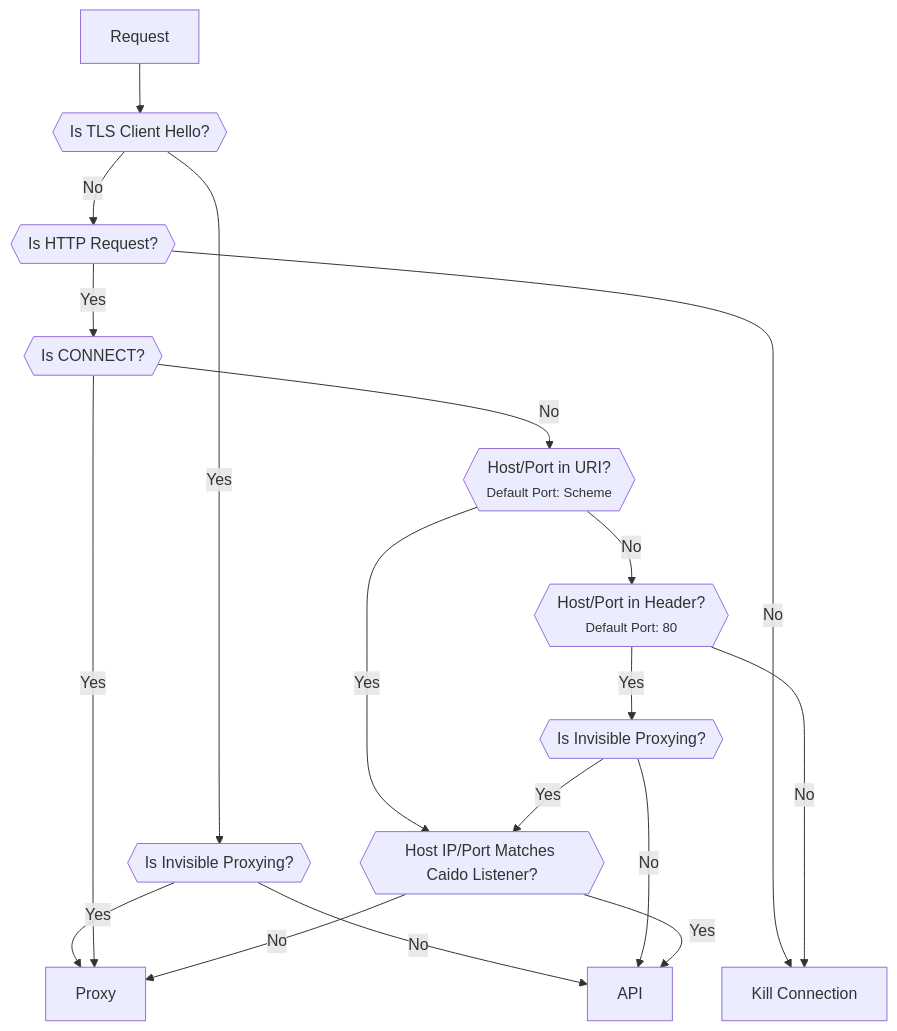
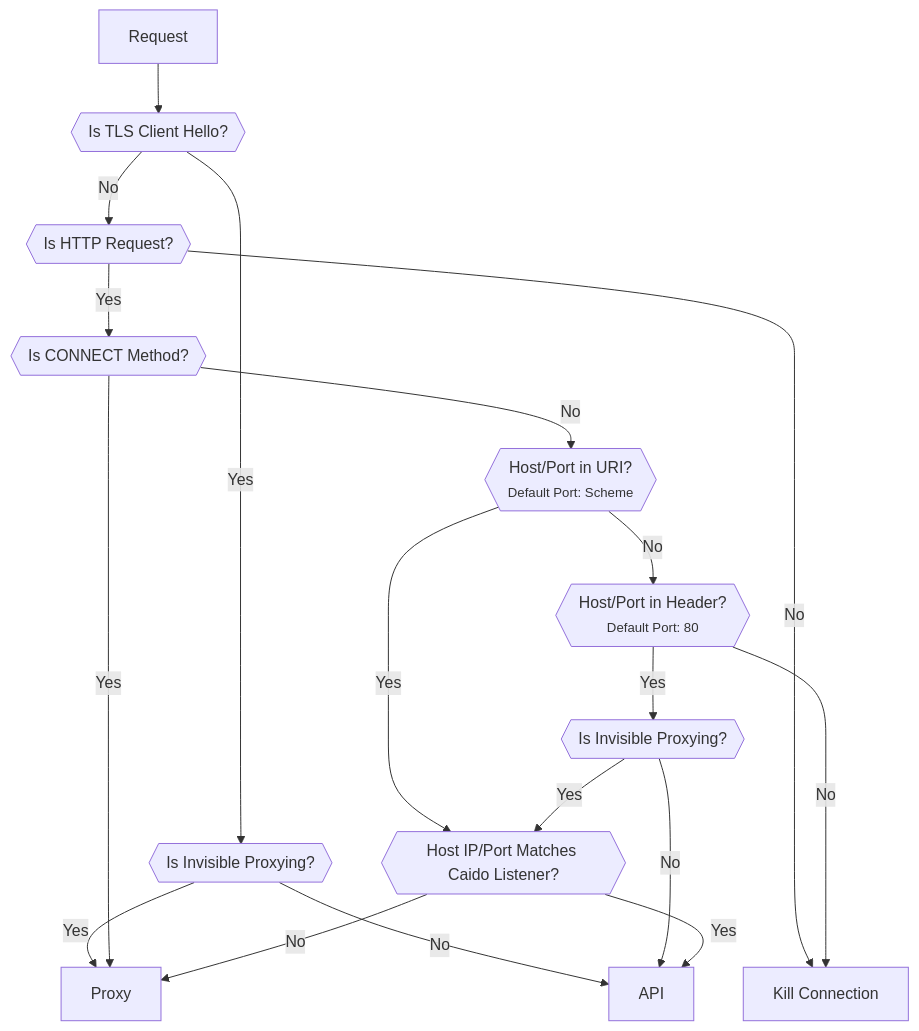
The first of 2 diagrams in src/concepts/traffic_splitting.md (caido/documentation), drawn with Mermaid before and after one commit. The commit also changed other lines of this file and 10 other files, not shown here.

````diff
--- a/src/concepts/traffic_splitting.md
+++ b/src/concepts/traffic_splitting.md
@@ -24,20 +24,20 @@
 ```mermaid
 flowchart TD
   Request --> TLS{{Is TLS Client Hello?}}
   TLS --Yes --> InvisibleTLS{{Is Invisible Proxying?}}
   TLS --No --> HTTP{{Is HTTP Request?}}
   InvisibleTLS --Yes --> Proxy
   InvisibleTLS --No --> API
   HTTP ---->|No| Kill[Kill Connection]
-  HTTP --Yes --> Connect{{Is CONNECT?}}
+  HTTP --Yes --> Connect{{Is CONNECT Method?}}
   Connect --Yes --> Proxy
   Connect --No --> Tunnel{{Host/Port in URI?<br><small>Default Port: Scheme</small>}}
   Tunnel --Yes --> DNS{{Host IP/Port Matches Caido Listener?}}
   Tunnel --No --> Direct{{Host/Port in Header?<br><small>Default Port: 80</small>}}
   Direct ---->|No| Kill
   Direct --Yes --> InvisibleHttp{{Is Invisible Proxying?}}
   InvisibleHttp --No --> API
   InvisibleHttp --Yes --> DNS
   DNS --Yes --> API
   DNS --No --> Proxy
 ```
````
